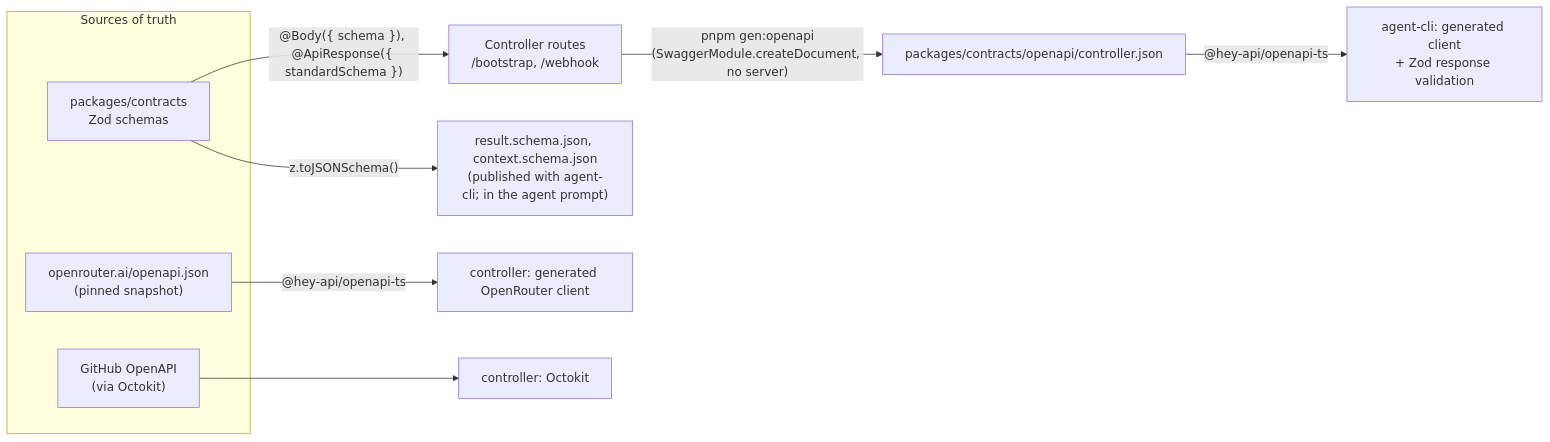
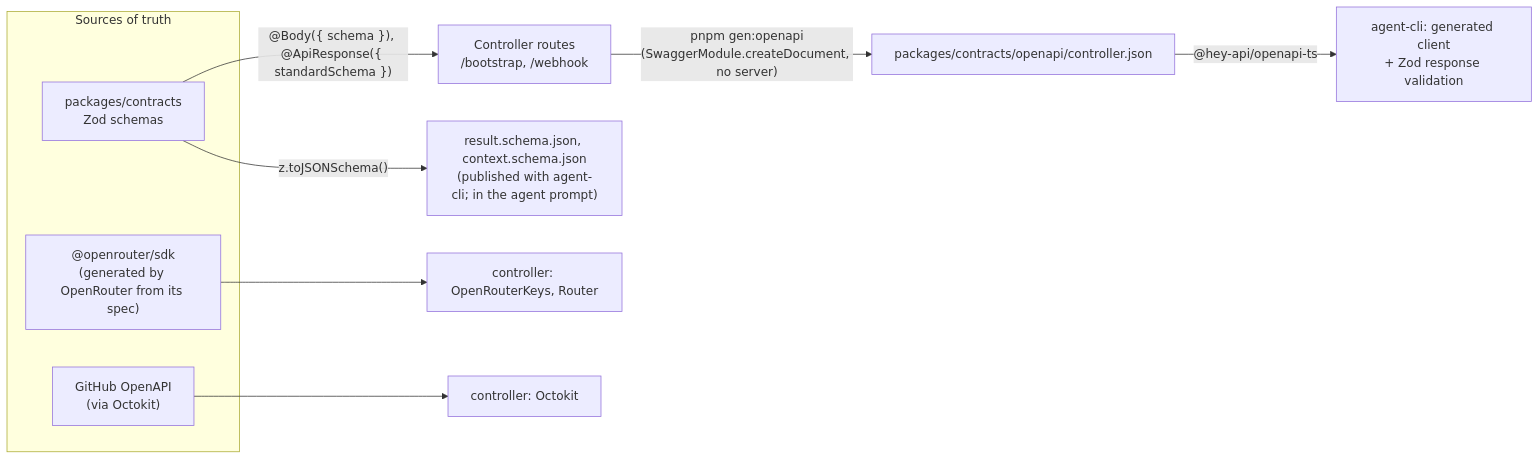
The diagram in docs/ENGINEERING.md (open-macaron/macaron), drawn with Mermaid before and after one commit. The commit also changed other lines of this file and 26 other files, not shown here.

First line of the commit message:
feat(controller): foundation — env config, database schema, OpenRouter keys, GitHub clients

````diff
--- a/docs/ENGINEERING.md
+++ b/docs/ENGINEERING.md
@@ -91,14 +90,14 @@
 ```mermaid
 flowchart LR
   subgraph SRC["Sources of truth"]
     Z["packages/contracts<br/>Zod schemas"]
-    ORS["openrouter.ai/openapi.json<br/>(pinned snapshot)"]
+    ORS["@openrouter/sdk<br/>(generated by OpenRouter from its spec)"]
     GHS["GitHub OpenAPI<br/>(via Octokit)"]
   end
   Z -- "@Body({ schema }), @ApiResponse({ standardSchema })" --> NEST["Controller routes<br/>/bootstrap, /webhook"]
   NEST -- "pnpm gen:openapi<br/>(SwaggerModule.createDocument, no server)" --> SPEC["packages/contracts/openapi/controller.json"]
   SPEC -- "@hey-api/openapi-ts" --> AC["agent-cli: generated client<br/>+ Zod response validation"]
-  ORS -- "@hey-api/openapi-ts" --> ORC["controller: generated OpenRouter client"]
+  ORS --> ORC["controller: OpenRouterKeys, Router"]
   Z -- "z.toJSONSchema()" --> JS["result.schema.json, context.schema.json<br/>(published with agent-cli; in the agent prompt)"]
   GHS --> OCT["controller: Octokit"]
 ```
````
